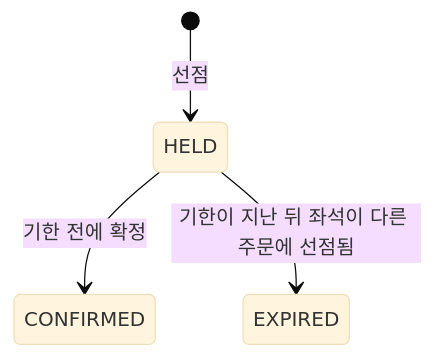
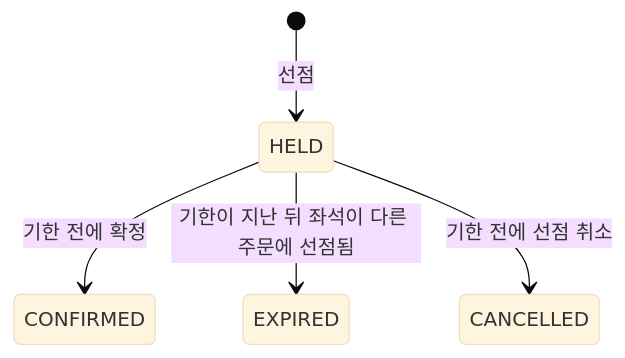
Before and after one commit to SeHyeonCho/openrun: the second of 3 diagrams in docs/spec/booking-flow.md, drawn with Mermaid (base theme). The commit also changed other lines of this file and 13 other files, not shown here.

````diff
--- a/docs/spec/booking-flow.md
+++ b/docs/spec/booking-flow.md
@@ -78,6 +80,7 @@
 ```mermaid
 stateDiagram-v2
     [*] --> HELD: 선점
     HELD --> CONFIRMED: 기한 전에 확정
     HELD --> EXPIRED: 기한이 지난 뒤 좌석이 다른 주문에 선점됨
+    HELD --> CANCELLED: 기한 전에 선점 취소
 ```
````
